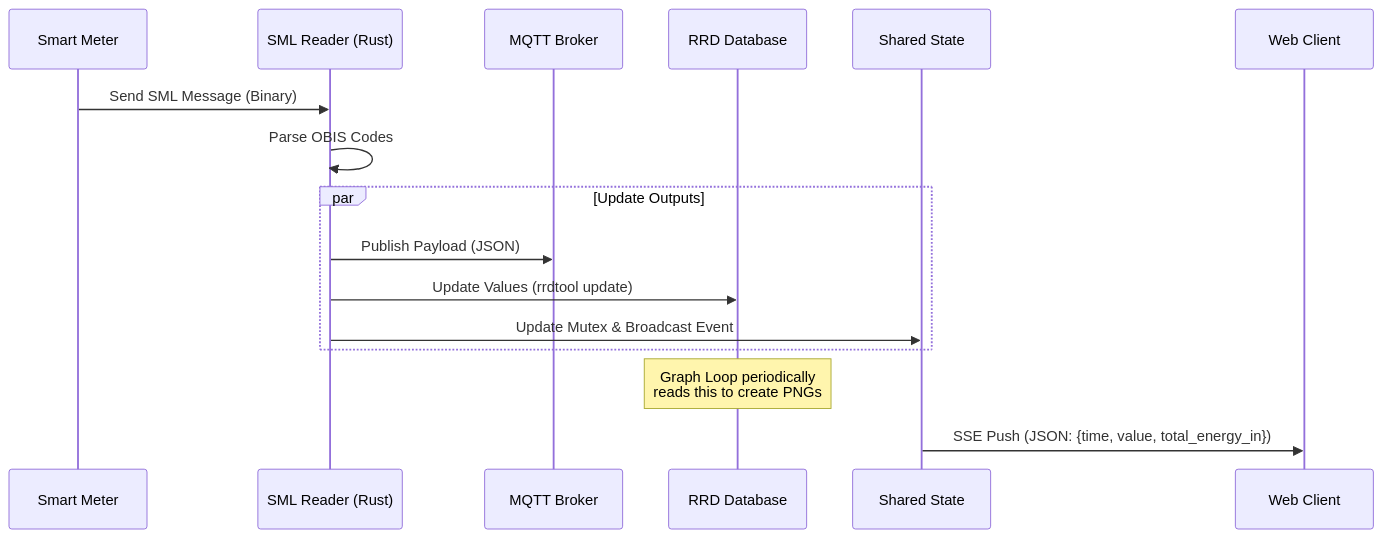
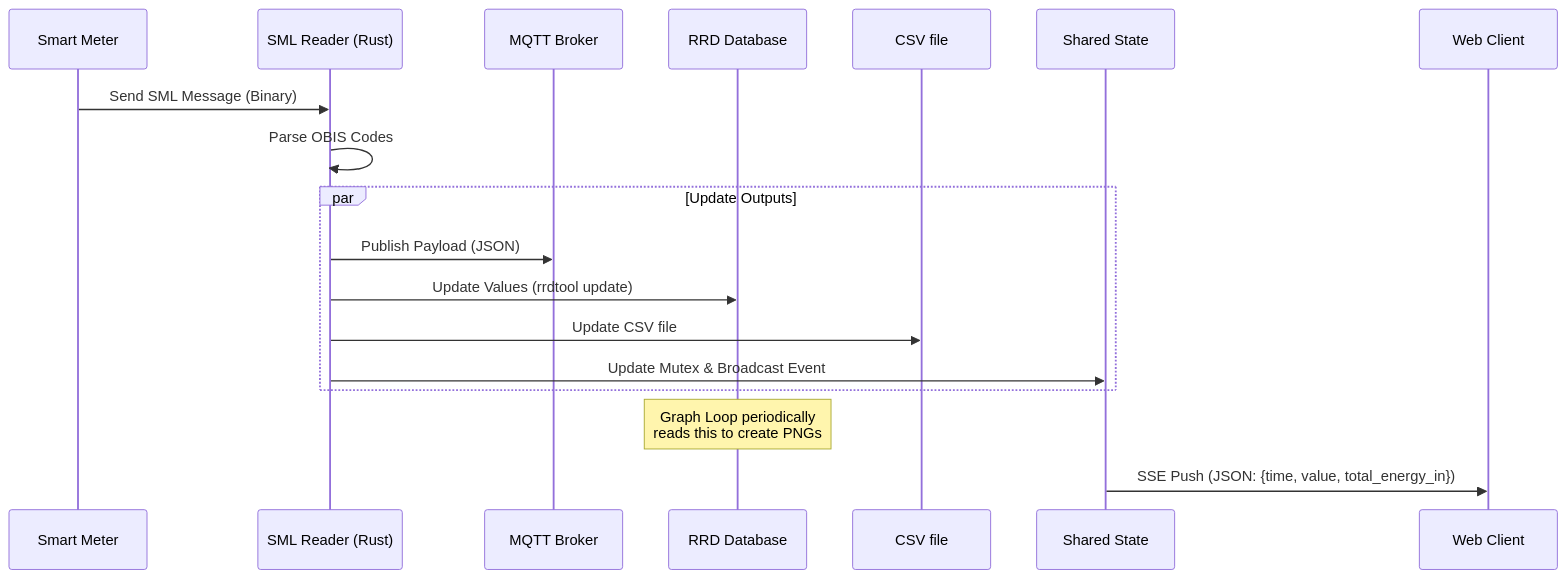
The diagram in doc/architecture.md (josef109/sml_rust), drawn with Mermaid before and after one commit. The commit also changed other lines of this file and 9 other files, not shown here.

````diff
--- a/doc/architecture.md
+++ b/doc/architecture.md
@@ -32,22 +33,24 @@
 ```mermaid
 sequenceDiagram
     participant Meter as Smart Meter
     participant Reader as SML Reader (Rust)
     participant MQTT as MQTT Broker
     participant RRD as RRD Database
+    participant CSV as CSV file
     participant State as Shared State
     participant Web as Web Client
 
     Meter->>Reader: Send SML Message (Binary)
     Reader->>Reader: Parse OBIS Codes
     
     par Update Outputs
         Reader->>MQTT: Publish Payload (JSON)
         Reader->>RRD: Update Values (rrdtool update)
+        Reader->>CSV: Update CSV file
         Reader->>State: Update Mutex & Broadcast Event
     end
 
     Note over RRD: Graph Loop periodically<br/>reads this to create PNGs
 
     State->>Web: SSE Push (JSON: {time, value, total_energy_in})
  ```   
````
